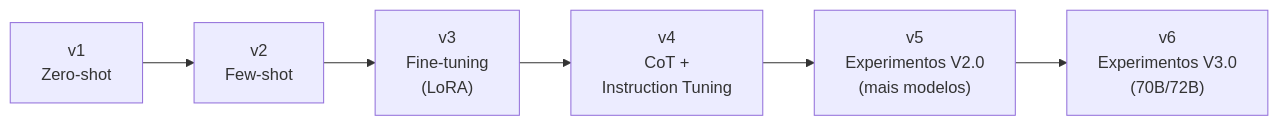
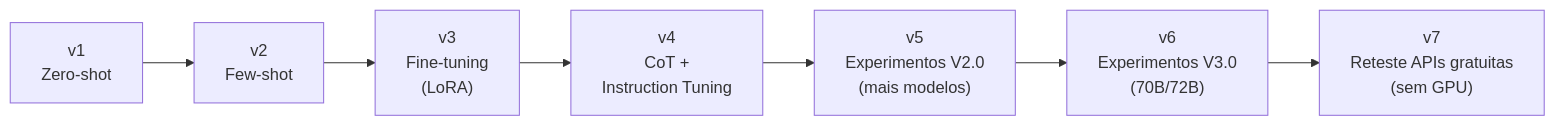
One commit to MonicaPOMackert/CorrecaoRedacao changed the first of 2 diagrams in README.md. Above: the diagram before and after it, drawn with Mermaid. The commit also changed other lines of this file and 29 other files, not shown here.

````diff
--- a/README.md
+++ b/README.md
@@ -32,8 +33,9 @@
 ```mermaid
 flowchart LR
     v1["v1\nZero-shot"] --> v2["v2\nFew-shot"]
     v2 --> v3["v3\nFine-tuning\n(LoRA)"]
     v3 --> v4["v4\nCoT +\nInstruction Tuning"]
     v4 --> v5["v5\nExperimentos V2.0\n(mais modelos)"]
     v5 --> v6["v6\nExperimentos V3.0\n(70B/72B)"]
+    v6 --> v7["v7\nReteste APIs gratuitas\n(sem GPU)"]
 ```
````
